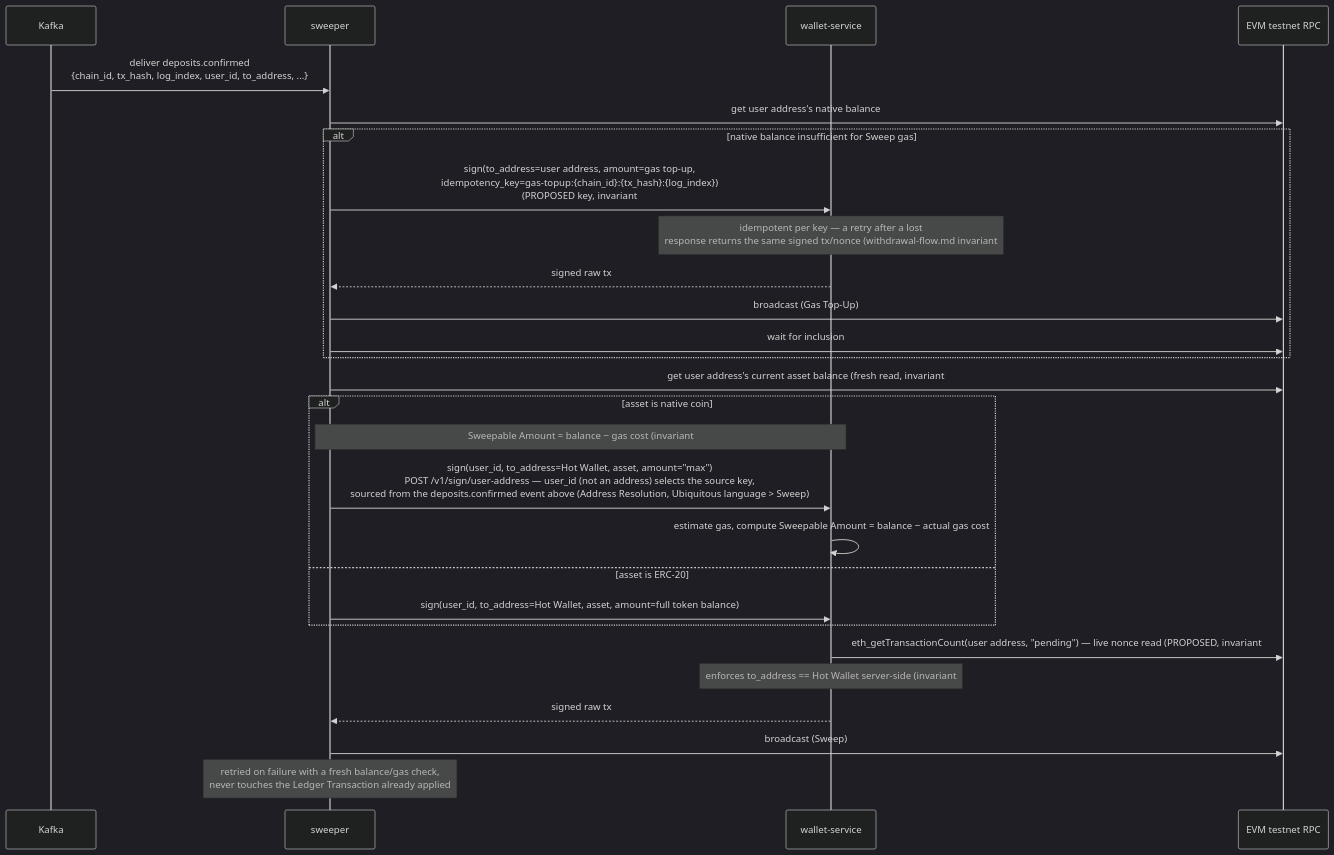
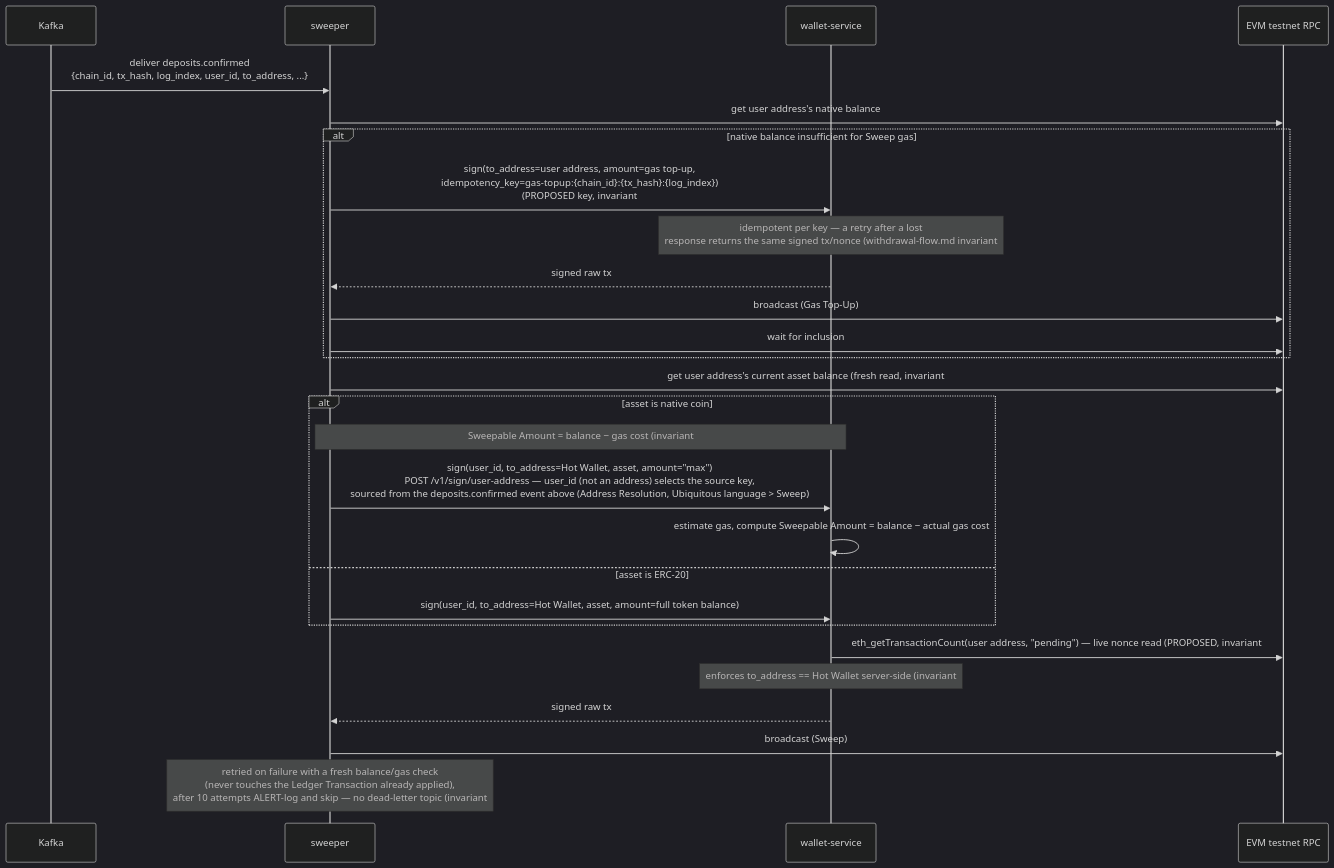
Before and after one commit to VuKhuongDuy/DigiWal: the second of 2 diagrams in docs/design/deposit-flow.md, drawn with Mermaid (dark theme). The commit also changed other lines of this file and 4 other files, not shown here.

First line of the commit message:
deposit-flow, integration-contracts, wallet-tiering, service-auth-mtls: close 6 gaps from Tech Lead review

````diff
--- a/docs/design/deposit-flow.md
+++ b/docs/design/deposit-flow.md
@@ -378,30 +470,30 @@
 ```mermaid
 sequenceDiagram
     participant Kafka
     participant Sweeper as sweeper
     participant Wallet as wallet-service
     participant RPC as EVM testnet RPC
 
     Kafka->>Sweeper: deliver deposits.confirmed<br/>{chain_id, tx_hash, log_index, user_id, to_address, ...}
     Sweeper->>RPC: get user address's native balance
     alt native balance insufficient for Sweep gas
         Sweeper->>Wallet: sign(to_address=user address, amount=gas top-up,<br/>idempotency_key=gas-topup:{chain_id}:{tx_hash}:{log_index})<br/>(PROPOSED key, invariant #13) — POST /v1/sign/hot-wallet, no user_id needed (FROM is the Hot Wallet)
         Note over Wallet: idempotent per key — a retry after a lost<br/>response returns the same signed tx/nonce (withdrawal-flow.md invariant #16)
         Wallet-->>Sweeper: signed raw tx
         Sweeper->>RPC: broadcast (Gas Top-Up)
         Sweeper->>RPC: wait for inclusion
     end
     Sweeper->>RPC: get user address's current asset balance (fresh read, invariant #10)
     alt asset is native coin
         Note over Sweeper,Wallet: Sweepable Amount = balance − gas cost (invariant #14)<br/>who computes it depends on integration-contracts.md Open Questions #11 —<br/>shown here assuming wallet-service owns gas construction (recommended)
         Sweeper->>Wallet: sign(user_id, to_address=Hot Wallet, asset, amount="max")<br/>POST /v1/sign/user-address — user_id (not an address) selects the source key,<br/>sourced from the deposits.confirmed event above (Address Resolution, Ubiquitous language > Sweep)
         Wallet->>Wallet: estimate gas, compute Sweepable Amount = balance − actual gas cost
     else asset is ERC-20
         Sweeper->>Wallet: sign(user_id, to_address=Hot Wallet, asset, amount=full token balance)
     end
     Wallet->>RPC: eth_getTransactionCount(user address, "pending") — live nonce read (PROPOSED, invariant #12)
     Note over Wallet: enforces to_address == Hot Wallet server-side (invariant #7)
     Wallet-->>Sweeper: signed raw tx
     Sweeper->>RPC: broadcast (Sweep)
-    Note over Sweeper: retried on failure with a fresh balance/gas check,<br/>never touches the Ledger Transaction already applied
+    Note over Sweeper: retried on failure with a fresh balance/gas check<br/>(never touches the Ledger Transaction already applied),<br/>after 10 attempts ALERT-log and skip — no dead-letter topic (invariant #16)
 ```
````
